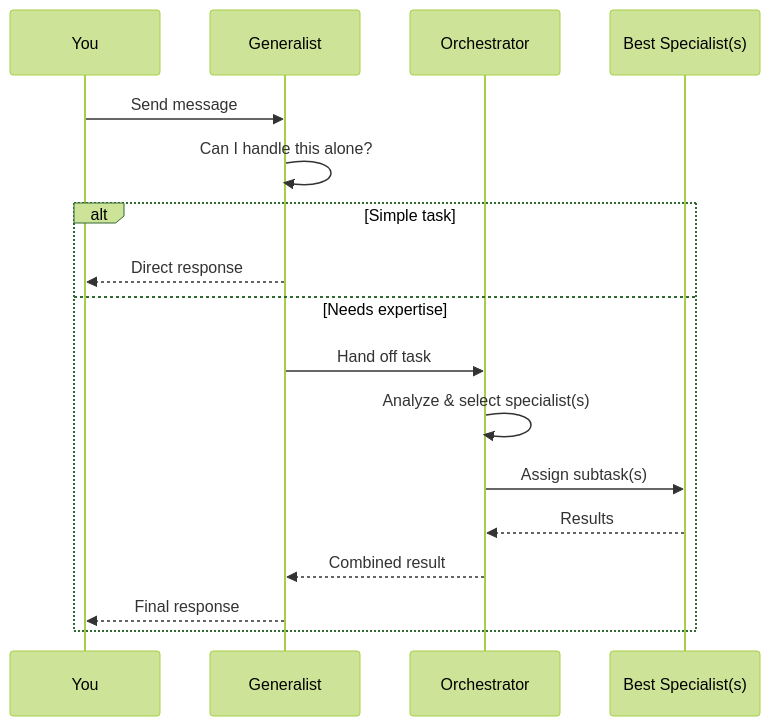
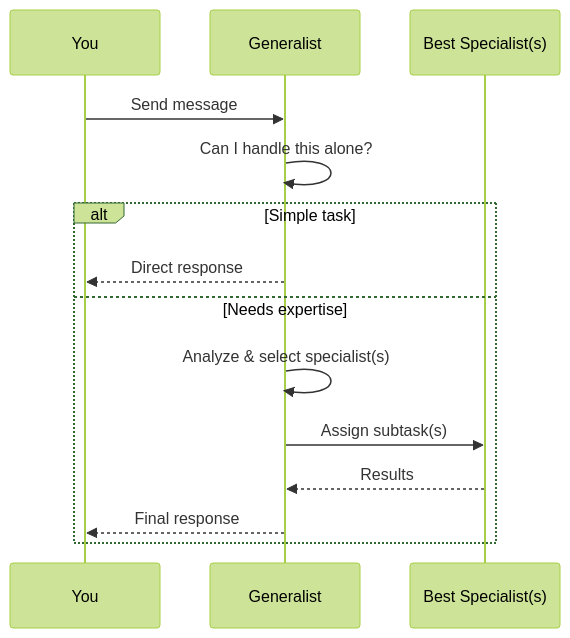
Before and after one commit to unosquare-eduardotorres/CodeAtelier: the first of 2 diagrams in src/renderer/src/content/help/specialists.md, drawn with Mermaid (forest theme). The commit also changed other lines of this file and 65 other files, not shown here.

````diff
--- a/src/renderer/src/content/help/specialists.md
+++ b/src/renderer/src/content/help/specialists.md
@@ -32,21 +32,18 @@
 ```mermaid
 sequenceDiagram
   participant You
   participant Gen as Generalist
-  participant Orch as Orchestrator
   participant Spec as Best Specialist(s)
 
   You->>Gen: Send message
   Gen->>Gen: Can I handle this alone?
 
   alt Simple task
     Gen-->>You: Direct response
   else Needs expertise
-    Gen->>Orch: Hand off task
-    Orch->>Orch: Analyze & select specialist(s)
-    Orch->>Spec: Assign subtask(s)
-    Spec-->>Orch: Results
-    Orch-->>Gen: Combined result
+    Gen->>Gen: Analyze & select specialist(s)
+    Gen->>Spec: Assign subtask(s)
+    Spec-->>Gen: Results
     Gen-->>You: Final response
   end
 ```
````
